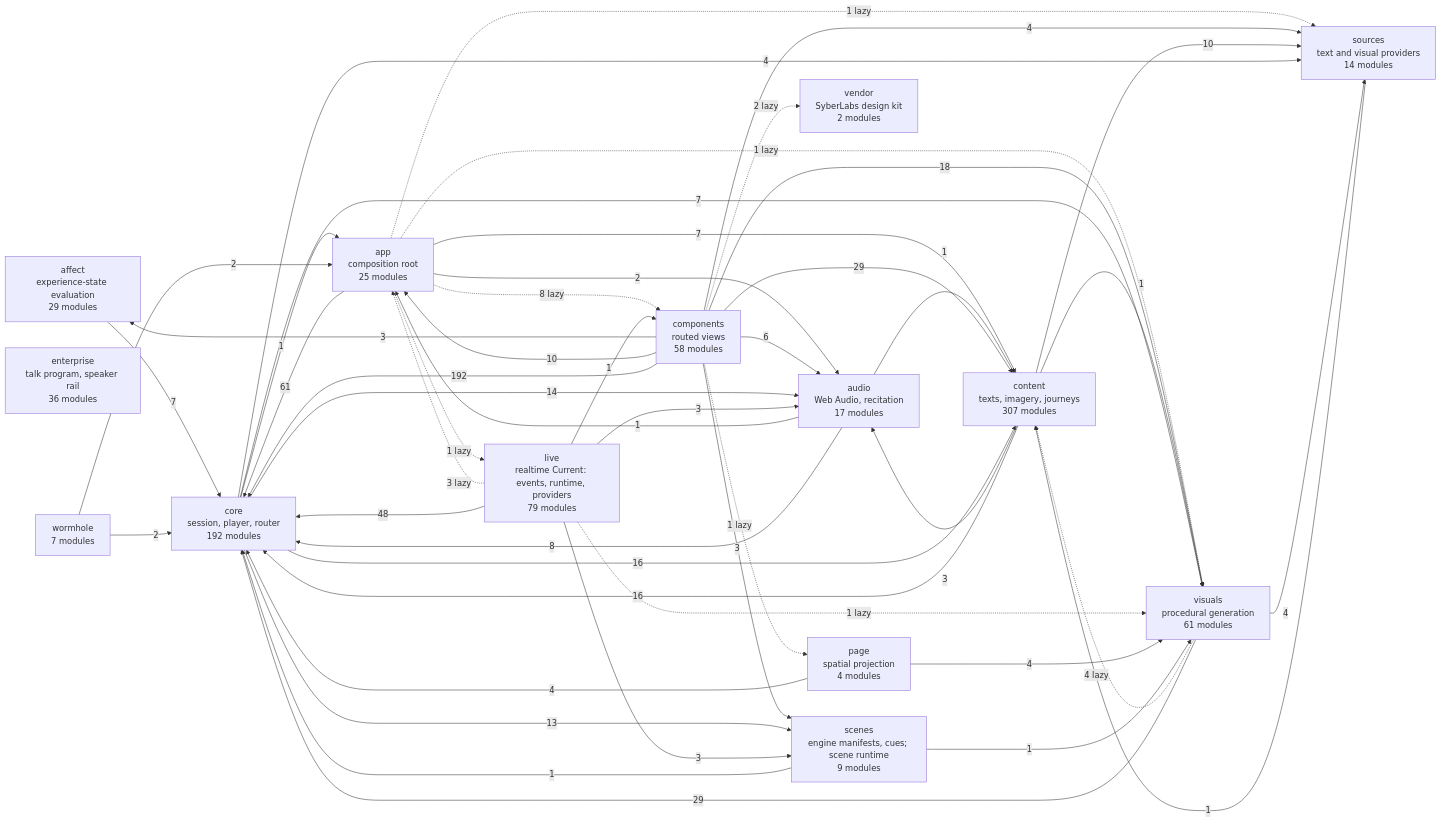
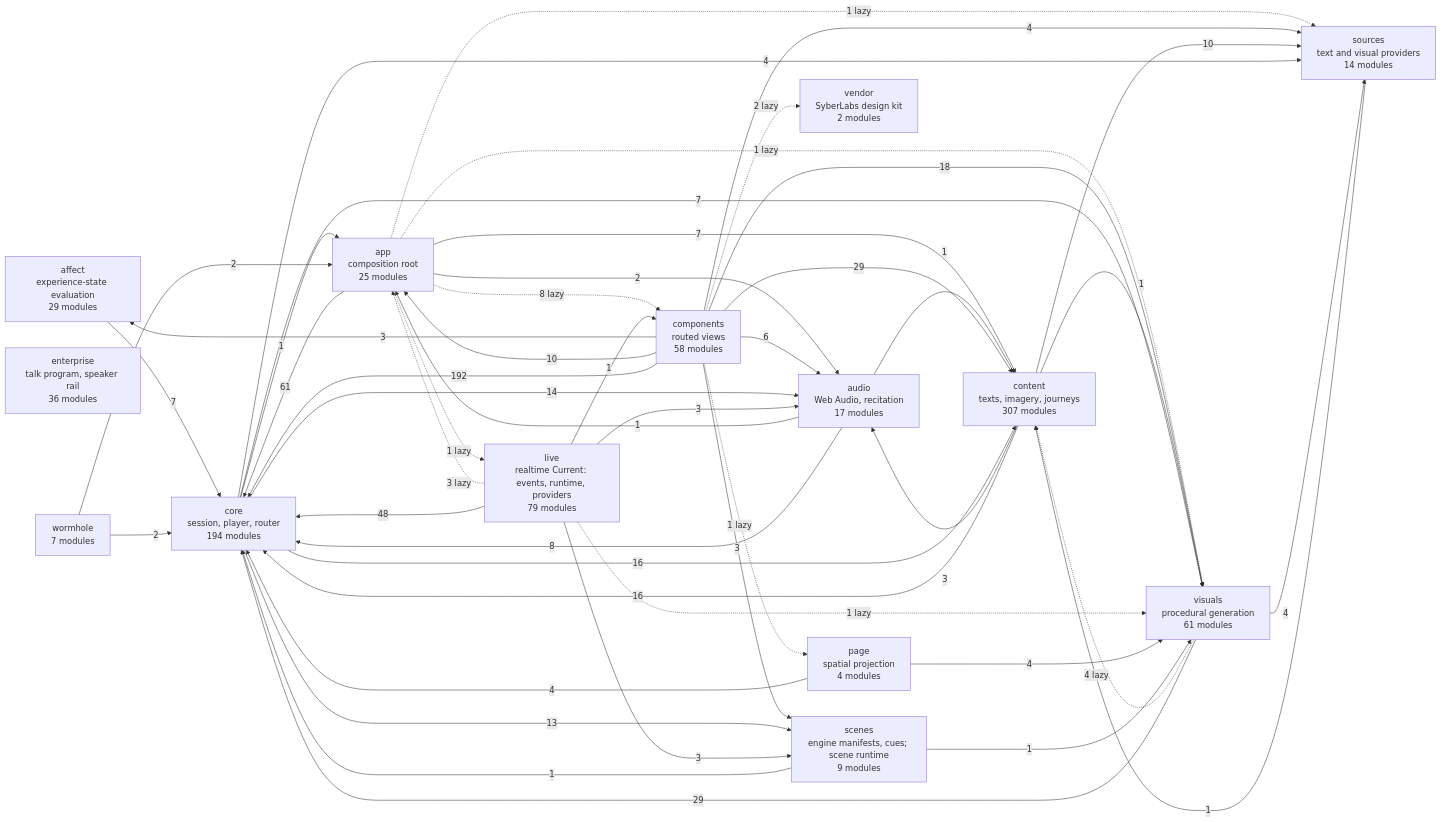
One commit to SyberLabs/RISE changed the diagram in docs/specs/ARCHITECTURE.md. Above: the diagram before and after it, drawn with Mermaid. The commit also changed 49 other files, not shown here.

First line of the commit message:
Figure kit: a system figure kind, with reference cases and a contact sheet (#759)

````diff
--- a/docs/specs/ARCHITECTURE.md
+++ b/docs/specs/ARCHITECTURE.md
@@ -161,65 +161,65 @@
 ```mermaid
 flowchart LR
     affect["affect<br/>experience-state evaluation<br/>29 modules"]
     app["app<br/>composition root<br/>25 modules"]
     audio["audio<br/>Web Audio, recitation<br/>17 modules"]
     components["components<br/>routed views<br/>58 modules"]
     content["content<br/>texts, imagery, journeys<br/>307 modules"]
-    core["core<br/>session, player, router<br/>192 modules"]
+    core["core<br/>session, player, router<br/>194 modules"]
     enterprise["enterprise<br/>talk program, speaker rail<br/>36 modules"]
     live["live<br/>realtime Current: events, runtime, providers<br/>79 modules"]
     page["page<br/>spatial projection<br/>4 modules"]
     scenes["scenes<br/>engine manifests, cues; scene runtime<br/>9 modules"]
     sources["sources<br/>text and visual providers<br/>14 modules"]
     vendor["vendor<br/>SyberLabs design kit<br/>2 modules"]
     visuals["visuals<br/>procedural generation<br/>61 modules"]
     wormhole["wormhole<br/>7 modules"]
 
     affect --> |7| core
     app --> |2| audio
     app -.-> |8 lazy| components
     app --> |7| content
     app --> |61| core
     app -.-> |1 lazy| live
     app -.-> |1 lazy| sources
     app -.-> |1 lazy| visuals
     audio --> |1| app
     audio --> |1| content
     audio --> |8| core
     components --> |3| affect
     components --> |10| app
     components --> |6| audio
     components --> |29| content
     components --> |192| core
     components -.-> |1 lazy| page
     components --> |3| scenes
     components --> |4| sources
     components -.-> |2 lazy| vendor
     components --> |18| visuals
     content --> |3| audio
     content --> |16| core
     content --> |10| sources
     content --> |1| visuals
     core --> |1| app
     core --> |14| audio
     core --> |16| content
     core --> |13| scenes
     core --> |4| sources
     core --> |7| visuals
     live -.-> |3 lazy| app
     live --> |3| audio
     live --> |1| components
     live --> |48| core
     live --> |3| scenes
     live -.-> |1 lazy| visuals
     page --> |4| core
     page --> |4| visuals
     scenes --> |1| core
     scenes --> |1| visuals
     sources --> |1| content
     visuals -.-> |4 lazy| content
     visuals --> |29| core
     visuals --> |4| sources
     wormhole --> |2| app
     wormhole --> |2| core
 ```
````
